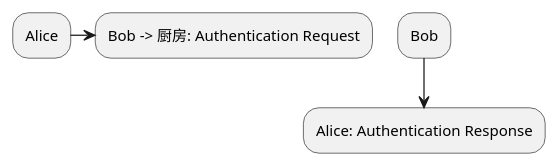
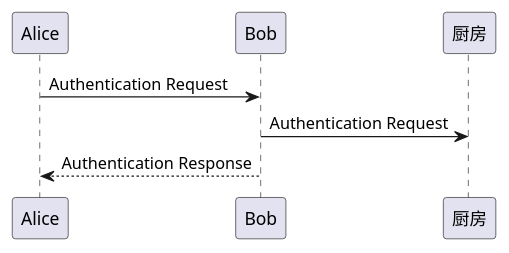
The diagram in test2.md (Aso2001369/2021sys-design), drawn with PlantUML before and after one commit.

````diff
--- a/test2.md
+++ b/test2.md
@@ -1,7 +1,8 @@
 ```uml
 @startuml
-Alice -> Bob -> 厨房: Authentication Request
+Alice -> Bob: Authentication Request
+Bob -> 厨房: Authentication Request
 Bob --> Alice: Authentication Response
 
 @enduml
 ```
````
